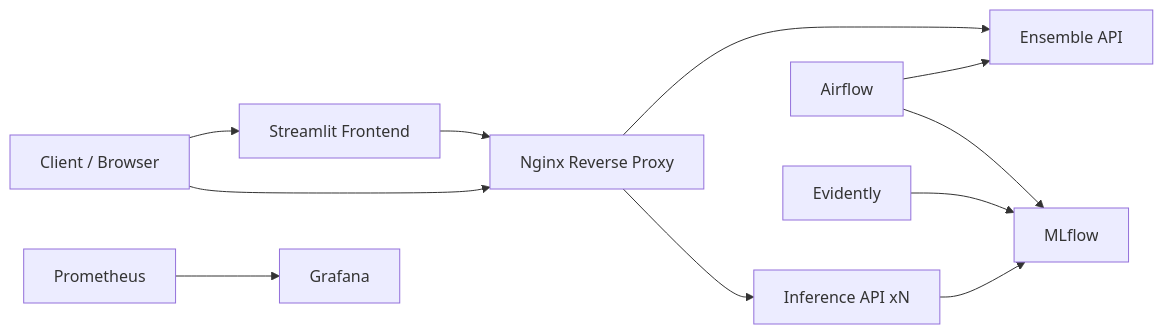
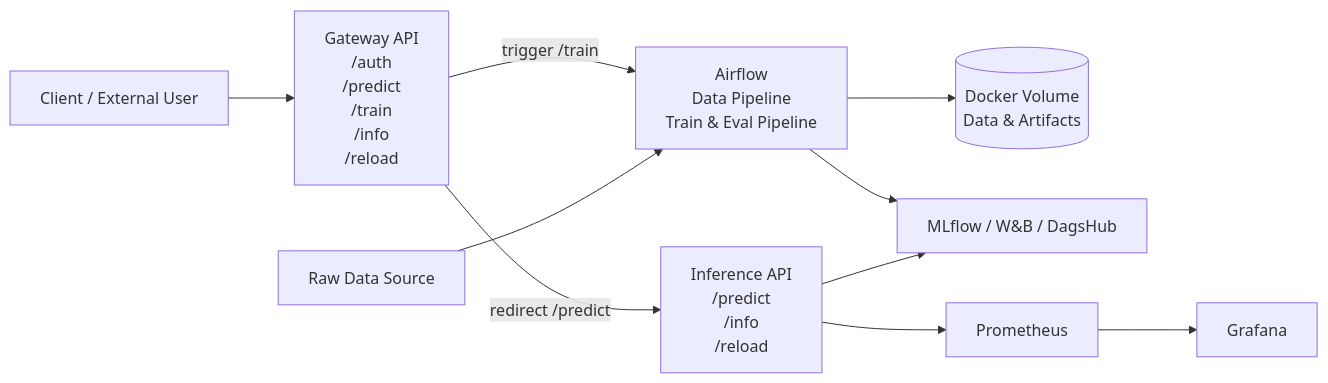
Before and after one commit to beautiful-pixel/MLOps-Construction-Cost-Prediction: the diagram in README.md, drawn with Mermaid.

Commit message:
modif arborescence

````diff
--- a/README.md
+++ b/README.md
@@ -137,27 +137,38 @@
 ```mermaid
 flowchart LR
-User[Client / Browser]
-Frontend[Streamlit Frontend]
-Nginx[Nginx Reverse Proxy]
-EnsembleAPI[Ensemble API]
-InferenceAPI[Inference API xN]
-Airflow[Airflow]
-MLflow[MLflow]
-Prometheus[Prometheus]
-Grafana[Grafana]
-Evidently[Evidently]
+    User[Client / External User]
 
-    User --> Frontend
-    User --> Nginx
-    Frontend --> Nginx
+    Gateway[Gateway API<br/>/auth<br/>/predict<br/>/train<br/>/info<br/>/reload]
 
-    Nginx --> EnsembleAPI
-    Nginx --> InferenceAPI
+    InferenceAPI[Inference API<br/>/predict<br/>/info<br/>/reload]
 
-    Airflow --> EnsembleAPI
+    Airflow[Airflow<br/>Data Pipeline<br/>Train & Eval Pipeline]
+
+    Volume[(Docker Volume<br/>Data & Artifacts)]
+
+    MLflow[MLflow / W&B / DagsHub]
+
+    Prometheus[Prometheus]
+    Grafana[Grafana]
+
+    %% User entry point
+    User --> Gateway
+
+    %% Routing
+    Gateway -- redirect /predict --> InferenceAPI
+    Gateway -- trigger /train --> Airflow
+
+    %% Inference & monitoring
+    InferenceAPI --> Prometheus
+    Prometheus --> Grafana
+
+    %% Training pipeline
+    Airflow --> Volume
     Airflow --> MLflow
 
+    %% Inference logging
     InferenceAPI --> MLflow
-    Prometheus --> Grafana
-    Evidently --> MLflow
+
+    %% Data ingestion
+    RawData[Raw Data Source] --> Airflow
 ```
````
